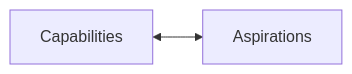
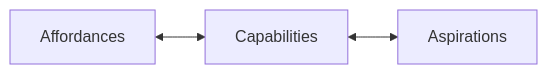
Before and after one commit to sjinko/theory: the third of 3 diagrams in manuscript/chapter04.md, drawn with Mermaid. The commit also changed other lines of this file, not shown here.

````diff
--- a/manuscript/chapter04.md
+++ b/manuscript/chapter04.md
@@ -107,4 +107,4 @@
 ```mermaid
 graph LR
-  Capabilities<-->Aspirations;
+  Affordances<-->Capabilities<--> Aspirations;
 ```
````
